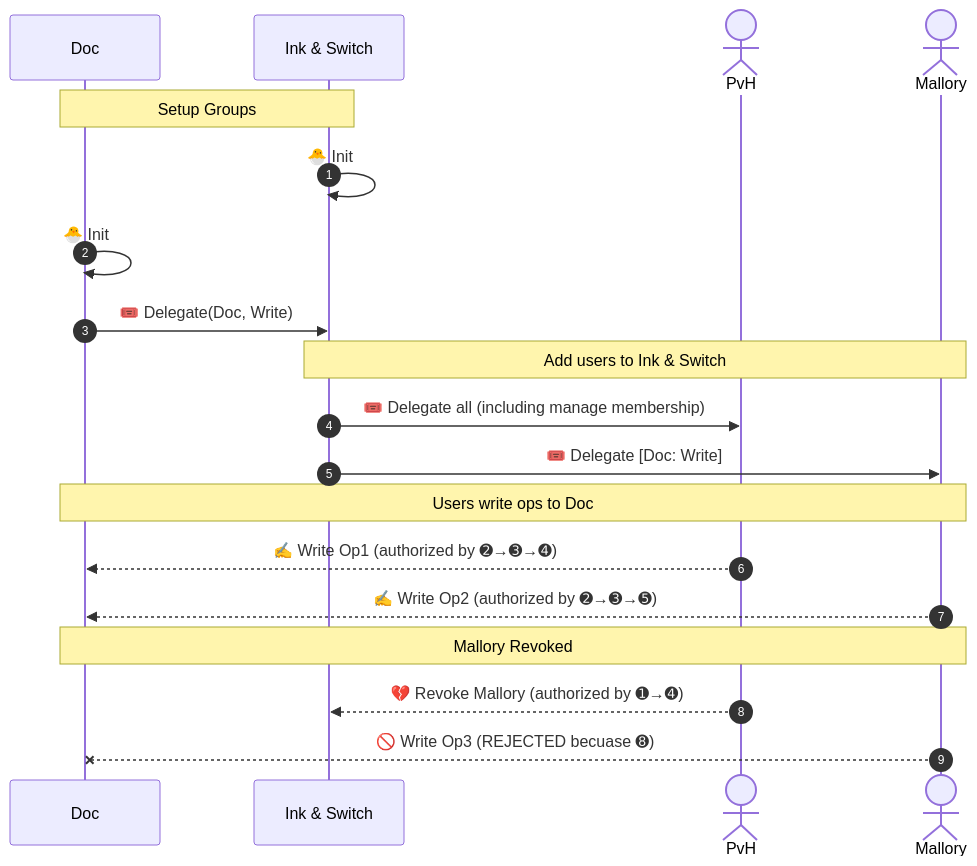
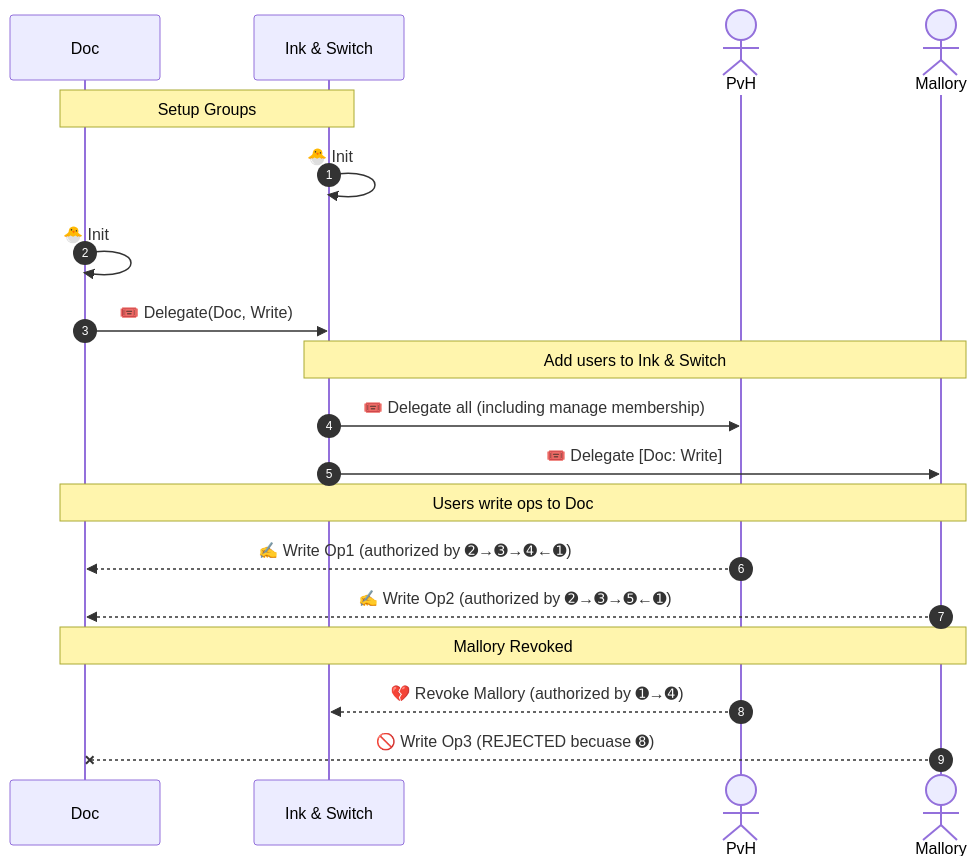
The eighth of 9 diagrams in design/group_membership.md (inkandswitch/keyhive), drawn with Mermaid before and after one commit.

Commit message:
Fixup auth paths

````diff
--- a/design/group_membership.md
+++ b/design/group_membership.md
@@ -360,27 +360,27 @@
 ```mermaid
 sequenceDiagram
     autonumber
 
     participant Doc
     participant Ink & Switch
     actor PvH
     actor Mallory
 
     Note over Doc,Ink & Switch: Setup Groups
     Ink & Switch ->> Ink & Switch: 🐣 Init
     Doc ->> Doc: 🐣 Init
     Doc ->> Ink & Switch: 🎟️ Delegate(Doc, Write)
 
     Note over Ink & Switch,Mallory: Add users to Ink & Switch
 
     Ink & Switch ->> PvH: 🎟️ Delegate all (including manage membership)
     Ink & Switch ->> Mallory: 🎟️ Delegate [Doc: Write]
 
     Note over Doc,Mallory: Users write ops to Doc
-    PvH -->> Doc: ✍️ Write Op1 (authorized by ➋→➌→➍)
-    Mallory -->> Doc: ✍️ Write Op2 (authorized by ➋→➌→➎)
+    PvH -->> Doc: ✍️ Write Op1 (authorized by ➋→➌→➍←➊)
+    Mallory -->> Doc: ✍️ Write Op2 (authorized by ➋→➌→➎←➊)
 
     Note over Doc,Mallory: Mallory Revoked
     PvH -->> Ink & Switch: 💔 Revoke Mallory (authorized by ➊→➍)
     Mallory --x Doc: 🚫 Write Op3 (REJECTED becuase ➑)
 ```
````
